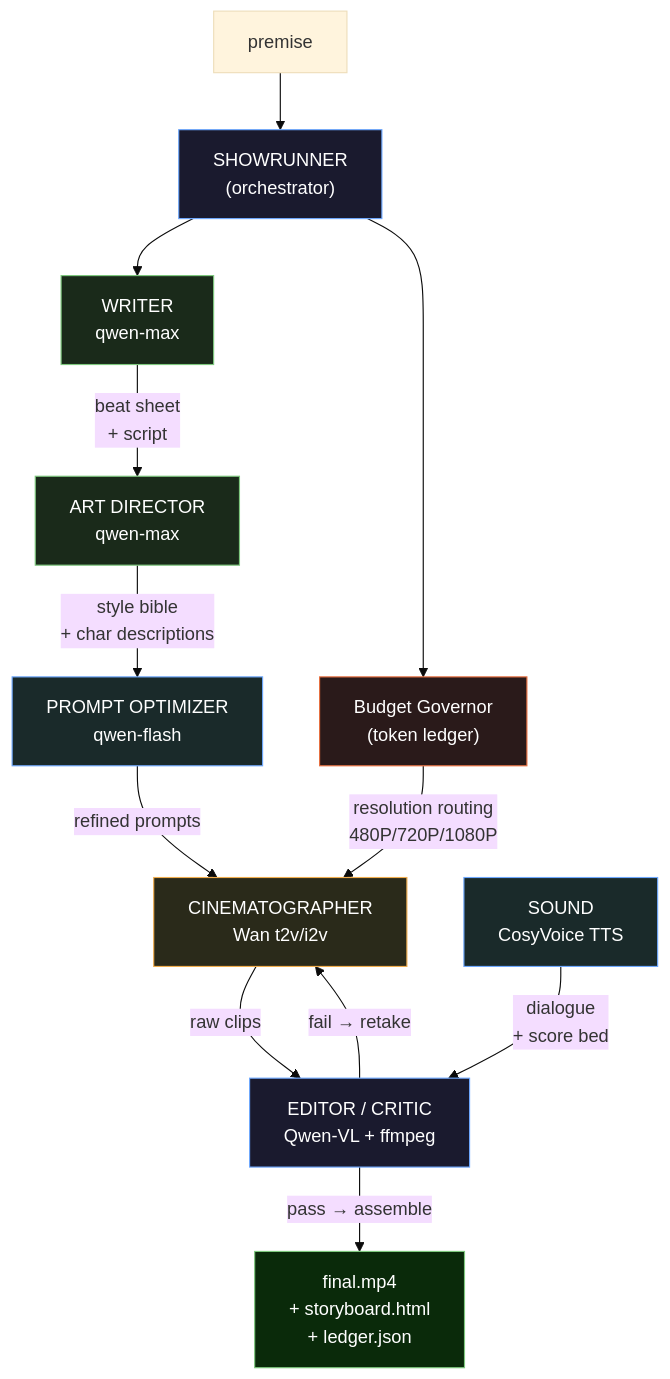
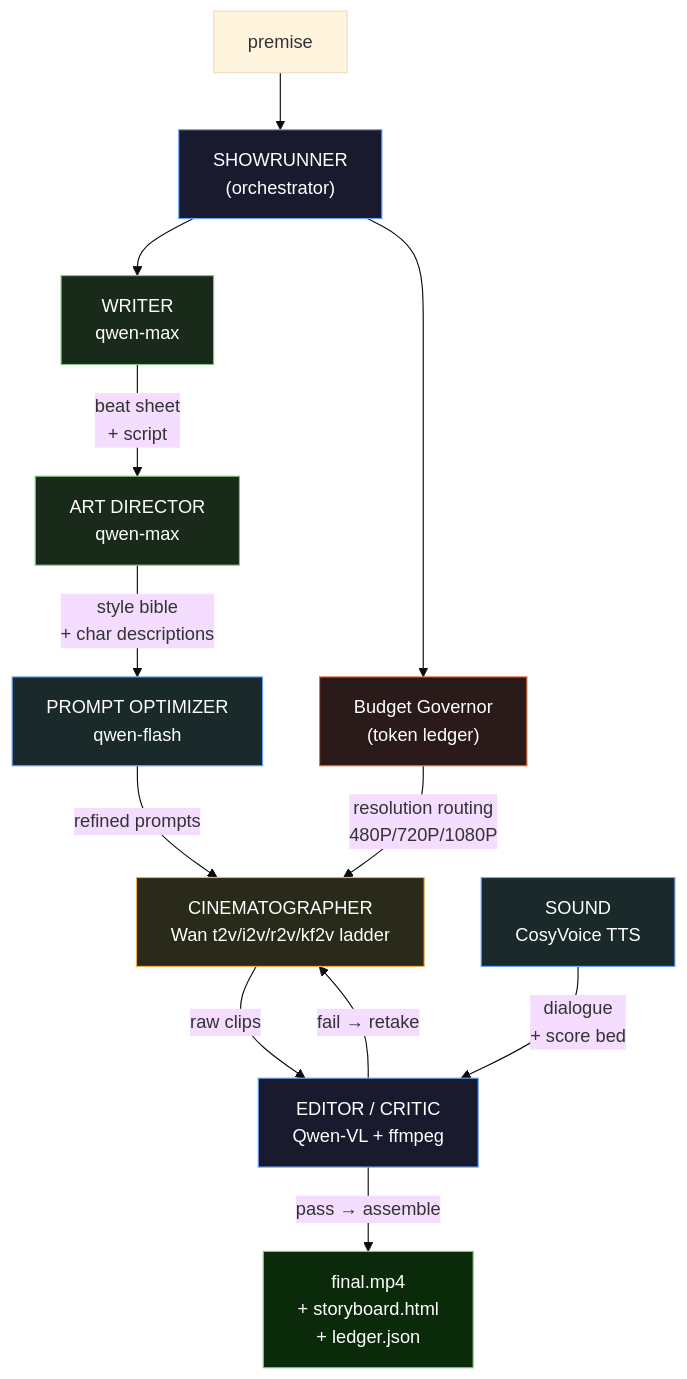
The diagram in README.md (bansalbhunesh/Qw), drawn with Mermaid (base theme) before and after one commit. The commit also changed 2 other files, not shown here.

Commit message:
docs: fix + refresh architecture diagram
Correct a fabricated benchmark claim in the diagram (was '8.7 vs 6.6 at 5%
budget' — never measured; now 'live 7.3/10 at 10.9% of budget'), show the new
r2v/kf2v conditioning ladder on the Cinematographer, and make the generator's
font loader cross-platform (Windows/macOS as well as Linux) so em-dash/bullet/
middle-dot glyphs render instead of tofu boxes. Regenerate the PNG and sync the
README Mermaid diagram.

````diff
--- a/README.md
+++ b/README.md
@@ -180,24 +180,24 @@
 ```mermaid
 flowchart TD
     P["premise"] --> S["SHOWRUNNER\n(orchestrator)"]
     S --> W["WRITER\nqwen-max"]
     S --> BG["Budget Governor\n(token ledger)"]
     W -->|"beat sheet\n+ script"| AD["ART DIRECTOR\nqwen-max"]
     AD -->|"style bible\n+ char descriptions"| PO["PROMPT OPTIMIZER\nqwen-flash"]
-    PO -->|"refined prompts"| C["CINEMATOGRAPHER\nWan t2v/i2v"]
+    PO -->|"refined prompts"| C["CINEMATOGRAPHER\nWan t2v/i2v/r2v/kf2v ladder"]
     BG -->|"resolution routing\n480P/720P/1080P"| C
     C -->|"raw clips"| EC["EDITOR / CRITIC\nQwen-VL + ffmpeg"]
     EC -->|"fail → retake"| C
     SND["SOUND\nCosyVoice TTS"] -->|"dialogue\n+ score bed"| EC
     EC -->|"pass → assemble"| F["final.mp4\n+ storyboard.html\n+ ledger.json"]
 
     style S fill:#1a1a2e,color:#fff,stroke:#6ea8fe
     style BG fill:#2a1a1a,color:#fff,stroke:#e87040
     style W fill:#1a2a1a,color:#fff,stroke:#7ec87e
     style AD fill:#1a2a1a,color:#fff,stroke:#7ec87e
     style PO fill:#1a2a2a,color:#fff,stroke:#6ea8fe
     style C fill:#2a2a1a,color:#fff,stroke:#f0ad4e
     style EC fill:#1a1a2e,color:#fff,stroke:#6ea8fe
     style SND fill:#1a2a2a,color:#fff,stroke:#6ea8fe
     style F fill:#0a2a0a,color:#fff,stroke:#7ec87e
 ```
````
